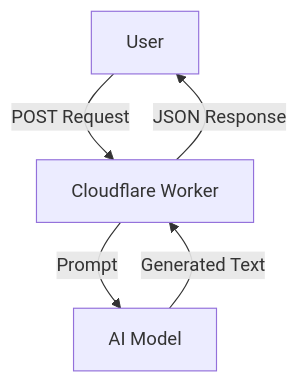
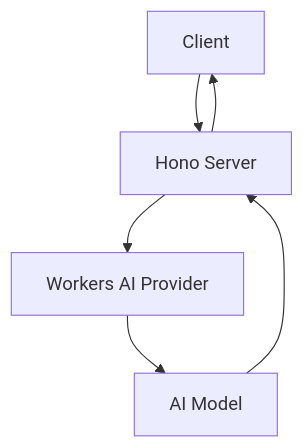
One commit to reeawnc/cloudflare changed the first of 2 diagrams in apps/text-generation/README.md. Above: the diagram before and after it, drawn with Mermaid. The commit also changed other lines of this file and 12 other files, not shown here.

````diff
--- a/apps/text-generation/README.md
+++ b/apps/text-generation/README.md
@@ -91,7 +71,8 @@
 ```mermaid
 graph TD;
-    A[User] -->|POST Request| B[Cloudflare Worker];
-    B -->|Prompt| C[AI Model];
-    C -->|Generated Text| B;
-    B -->|JSON Response| A;
+    A[Client] --> B[Hono Server];
+    B --> C[Workers AI Provider];
+    C --> D[AI Model];
+    D --> B;
+    B --> A;
 ```
````
